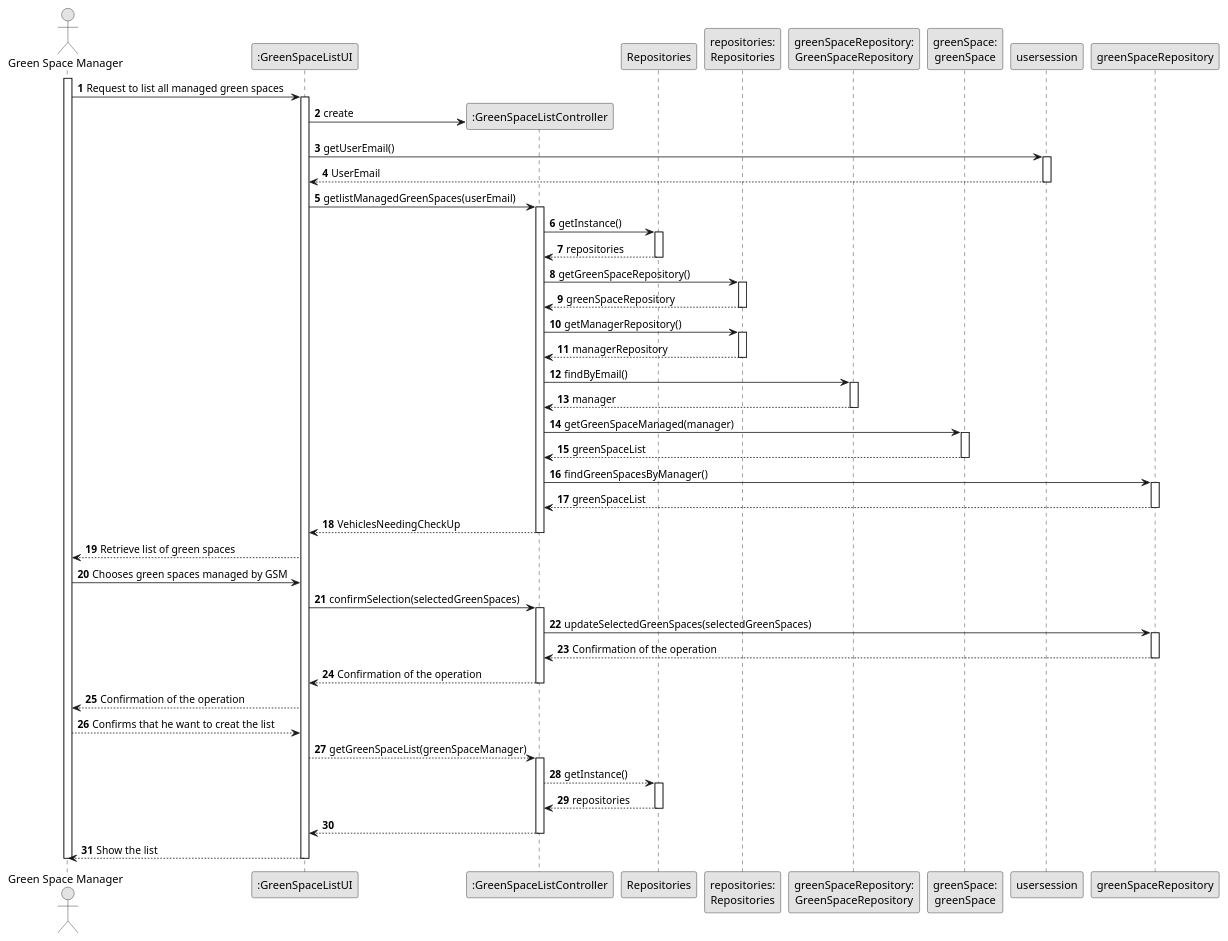
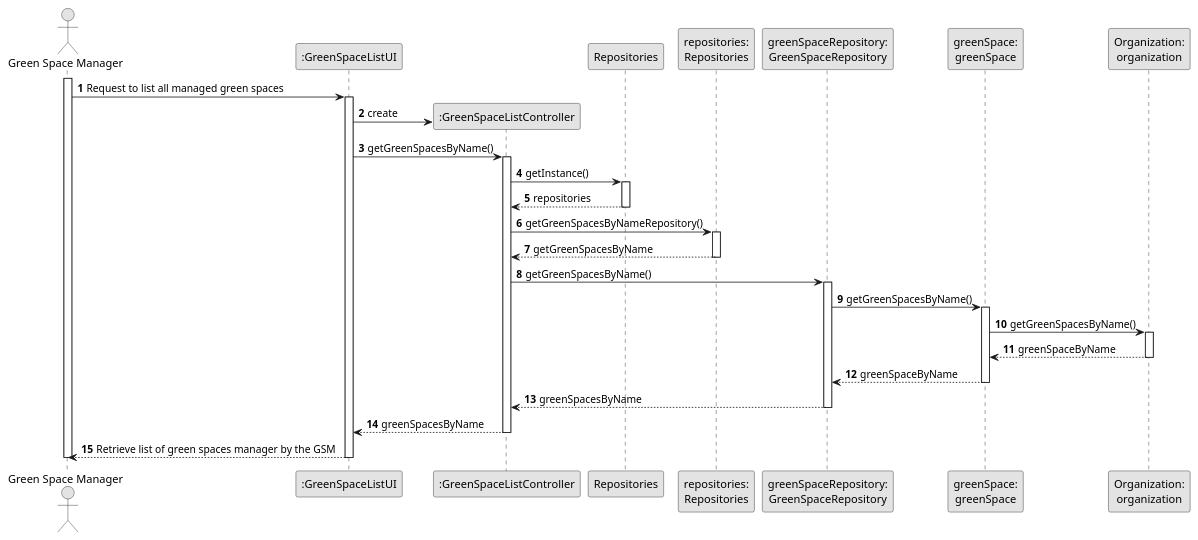
One commit to Departamento-de-Engenharia-Informatica/lei-24-s2-1df-1de-g063 changed the diagram in docs/SprintC/us27/03.design/puml/us027-sequence-diagram-full.puml. Above: the diagram before and after it, drawn with PlantUML.

```diff
--- a/docs/SprintC/us27/03.design/puml/us027-sequence-diagram-full.puml
+++ b/docs/SprintC/us27/03.design/puml/us027-sequence-diagram-full.puml
@@ -1,125 +1,91 @@
 @startuml
 skinparam monochrome true
 skinparam packageStyle rectangle
 skinparam shadowing false
 
 autonumber
 
 'hide footbox
 actor "Green Space Manager" as VFM
 participant ":GreenSpaceListUI" as UI
 participant ":GreenSpaceListController" as CTRL
 participant "Repositories" as Rep
 participant "repositories:\nRepositories" as Repositories
 participant "greenSpaceRepository:\nGreenSpaceRepository" as VehicleRepository
 participant "greenSpace:\ngreenSpace" as Vehicle
-
+participant "Organization:\norganization" as org
 
 activate VFM
 
 VFM -> UI : Request to list all managed green spaces
 
     activate UI
 
         UI -> CTRL** : create
 
-        UI -> usersession : getUserEmail()
-               activate usersession
-
-        usersession --> UI : UserEmail
-        deactivate usersession
 
 
-        UI -> CTRL : getlistManagedGreenSpaces(userEmail)
+
+        UI -> CTRL : getGreenSpacesByName()
         activate CTRL
 
             CTRL -> Rep : getInstance()
             activate Rep
 
                 Rep --> CTRL : repositories
             deactivate Rep
 
-            CTRL -> Repositories : getGreenSpaceRepository()
+
+
+
+            CTRL -> Repositories : getGreenSpacesByNameRepository()
             activate Repositories
 
-            Repositories --> CTRL : greenSpaceRepository
+                Repositories --> CTRL : getGreenSpacesByName
             deactivate Repositories
 
 
-            CTRL -> Repositories : getManagerRepository()
-            activate Repositories
 
-                Repositories --> CTRL : managerRepository
-            deactivate Repositories
+            CTRL -> VehicleRepository : getGreenSpacesByName()
+                                    activate VehicleRepository
 
-            CTRL -> VehicleRepository : findByEmail()
-                        activate VehicleRepository
-
-                            VehicleRepository --> CTRL : manager
-                        deactivate VehicleRepository
-
-            CTRL -> Vehicle : getGreenSpaceManaged(manager)
+                                     VehicleRepository -> Vehicle : getGreenSpacesByName()
                                     activate Vehicle
 
-                                        Vehicle --> CTRL : greenSpaceList
-                                    deactivate Vehicle
 
-             CTRL -> "greenSpaceRepository" : findGreenSpacesByManager()
-                                                activate "greenSpaceRepository"
 
-                                                    "greenSpaceRepository" --> CTRL : greenSpaceList
-                                                deactivate "greenSpaceRepository"
+                                      Vehicle -> org : getGreenSpacesByName()
+                                                                        activate org
+
+
+                                                                        org --> Vehicle : greenSpaceByName
+                                                                                                            deactivate org
+
+
+                                    Vehicle --> VehicleRepository : greenSpaceByName
+                                                                        deactivate Vehicle
 
 
 
 
-            CTRL --> UI : VehiclesNeedingCheckUp
-        deactivate CTRL
-
-        UI --> VFM : Retrieve list of green spaces
+                                        VehicleRepository --> CTRL : greenSpacesByName
+                                    deactivate VehicleRepository
 
 
 
-VFM -> UI : Chooses green spaces managed by GSM
-
-
- UI -> CTRL : confirmSelection(selectedGreenSpaces)
-        activate CTRL
-
-        CTRL -> "greenSpaceRepository" : updateSelectedGreenSpaces(selectedGreenSpaces)
-                                                        activate "greenSpaceRepository"
-
-                                                            "greenSpaceRepository" --> CTRL : Confirmation of the operation
-                                                        deactivate "greenSpaceRepository"
 
 
 
-         CTRL --> UI : Confirmation of the operation
-                deactivate CTRL
+            CTRL --> UI : greenSpacesByName
+        deactivate CTRL
 
-
-UI --> VFM : Confirmation of the operation
-
-VFM --> UI : Confirms that he want to creat the list
-
-    UI --> CTRL : getGreenSpaceList(greenSpaceManager)
-    activate CTRL
-
-        CTRL --> Rep : getInstance()
-        activate Rep
-
-        Rep --> CTRL : repositories
-        deactivate Rep
+        UI --> VFM : Retrieve list of green spaces manager by the GSM
 
 
 
-    CTRL --> UI :
-    deactivate CTRL
 
-
-UI --> VFM : Show the list
 
 deactivate UI
 deactivate VFM
 
 @enduml
```
